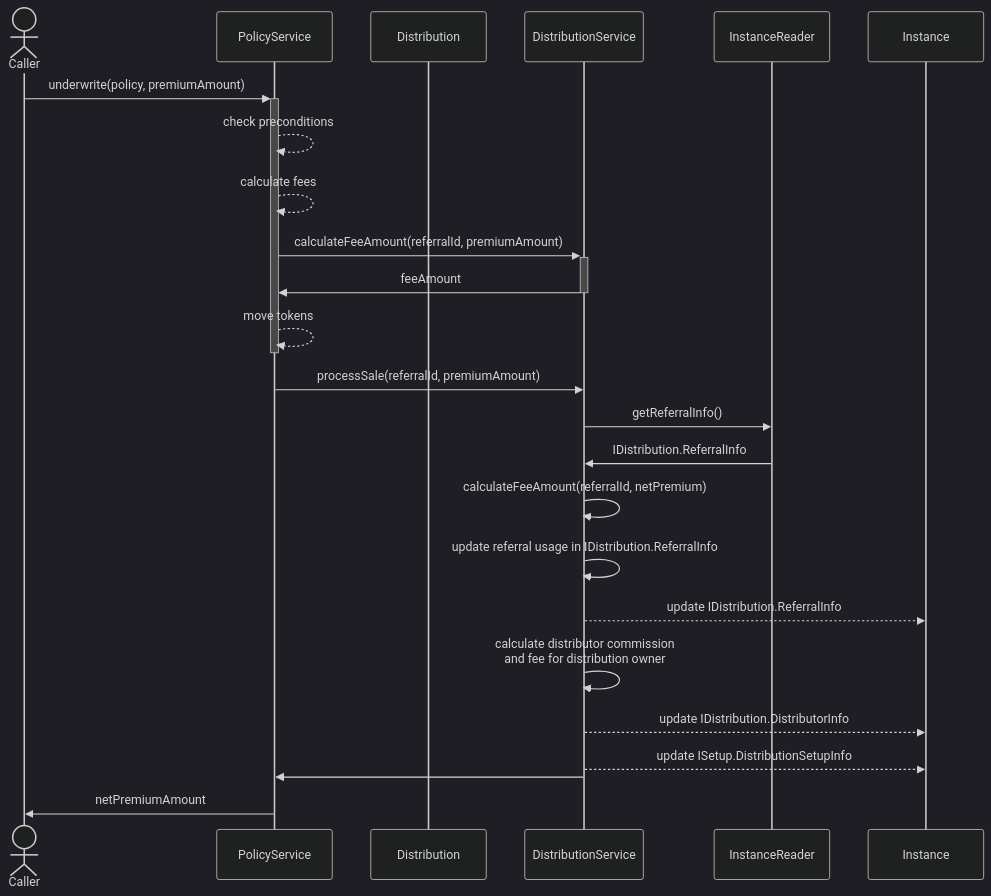
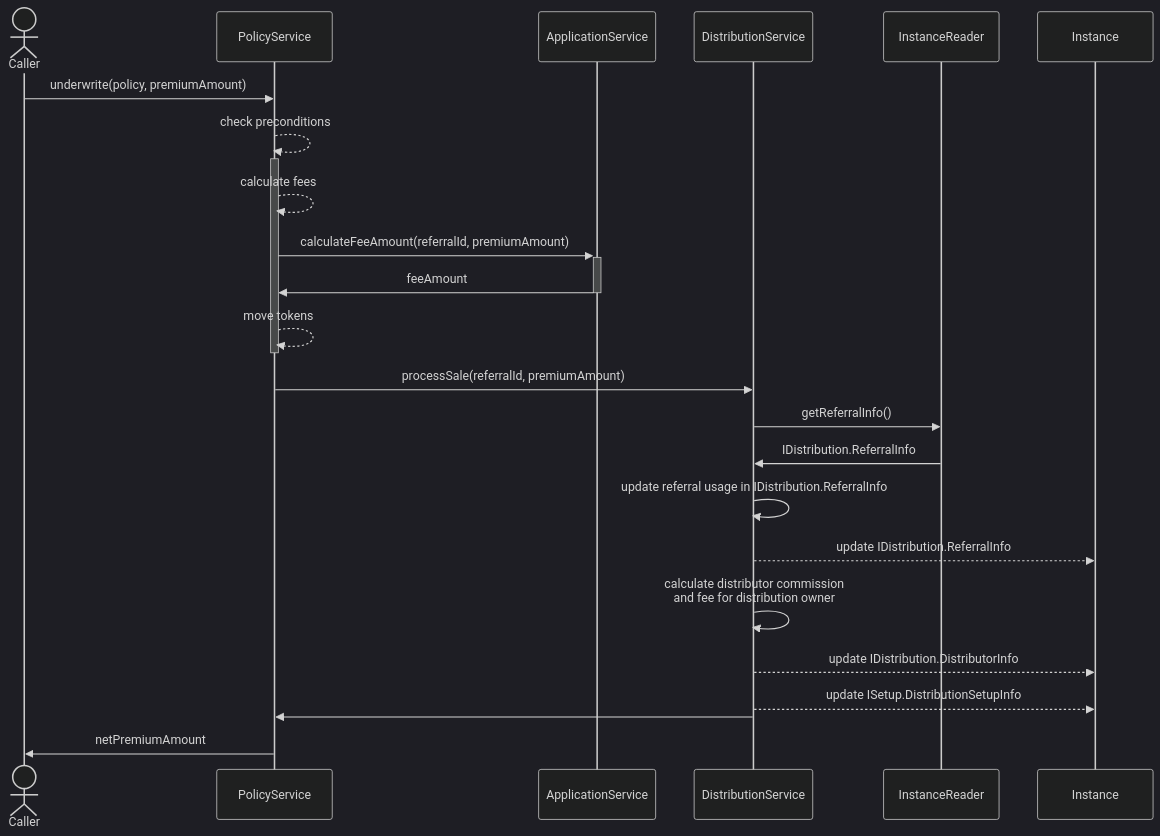
The fourth of 4 diagrams in docs_manual/distribution.md (etherisc/gif-next), drawn with Mermaid (dark theme) before and after one commit. The commit also changed other lines of this file and 3 other files, not shown here.

Commit message:
update diagrams (#240)

````diff
--- a/docs_manual/distribution.md
+++ b/docs_manual/distribution.md
@@ -62,27 +62,26 @@
 ```mermaid
 sequenceDiagram
     actor C as Caller
     participant PS as PolicyService
-    participant D as Distribution
+    participant AS as ApplicationService
     participant DS as DistributionService
     participant IR as InstanceReader
     participant I as Instance
     
-    C ->> +PS: underwrite(policy, premiumAmount)
-    PS -->> PS: check preconditions
+    C ->> PS: underwrite(policy, premiumAmount)
+    PS -->> +PS: check preconditions
     PS -->> PS: calculate fees
-    PS ->> +DS: calculateFeeAmount(referralId, premiumAmount)
-    DS ->> -PS: feeAmount
+    PS ->> +AS: calculateFeeAmount(referralId, premiumAmount)
+    AS ->> -PS: feeAmount
     PS -->> -PS: move tokens
     PS ->> DS: processSale(referralId, premiumAmount)
     DS ->> IR: getReferralInfo()
     IR ->> DS: IDistribution.ReferralInfo
-    DS ->> DS: calculateFeeAmount(referralId, netPremium)
     DS ->> DS: update referral usage in IDistribution.ReferralInfo
     DS -->> I: update IDistribution.ReferralInfo
     DS ->> DS: calculate distributor commission<br> and fee for distribution owner
     DS -->> I: update IDistribution.DistributorInfo
     DS -->> I: update ISetup.DistributionSetupInfo
     DS ->> PS: 
     PS ->> C: netPremiumAmount
 ```
````
